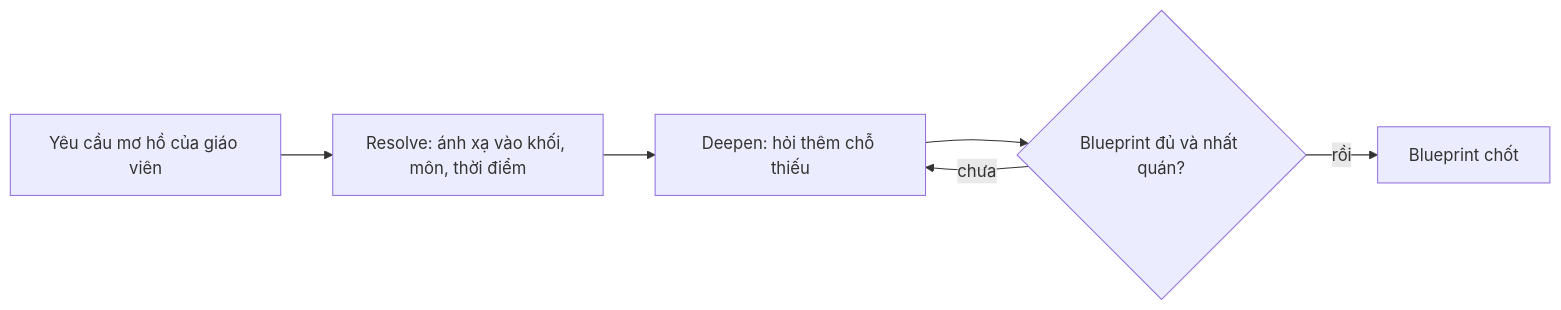
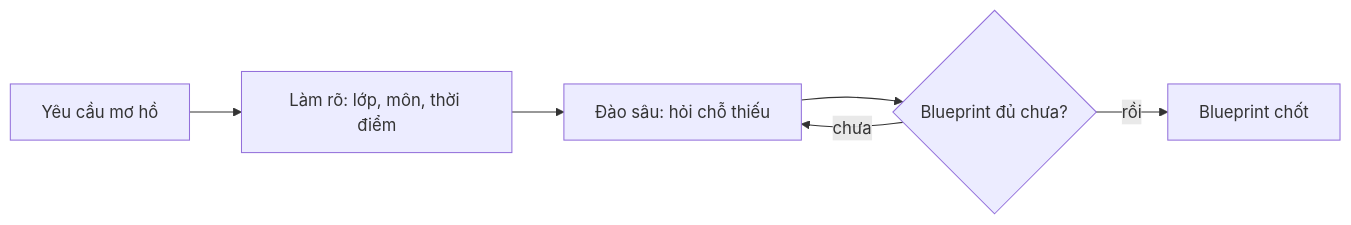
The eighth of 16 diagrams in docs/ct-slide-plan.md (ndmhuy/ASTRA), drawn with Mermaid before and after one commit. The commit also changed other lines of this file and 1 other file, not shown here.

````diff
--- a/docs/ct-slide-plan.md
+++ b/docs/ct-slide-plan.md
@@ -417,8 +358,8 @@
 ```mermaid
 flowchart LR
-    Q["Yêu cầu mơ hồ của giáo viên"] --> R["Resolve: ánh xạ vào khối, môn, thời điểm"]
-    R --> D["Deepen: hỏi thêm chỗ thiếu"]
-    D --> BP{"Blueprint đủ và nhất quán?"}
+    Q["Yêu cầu mơ hồ"] --> R["Làm rõ: lớp, môn, thời điểm"]
+    R --> D["Đào sâu: hỏi chỗ thiếu"]
+    D --> BP{"Blueprint đủ chưa?"}
     BP -- "chưa" --> D
     BP -- "rồi" --> OK["Blueprint chốt"]
 ```
````
